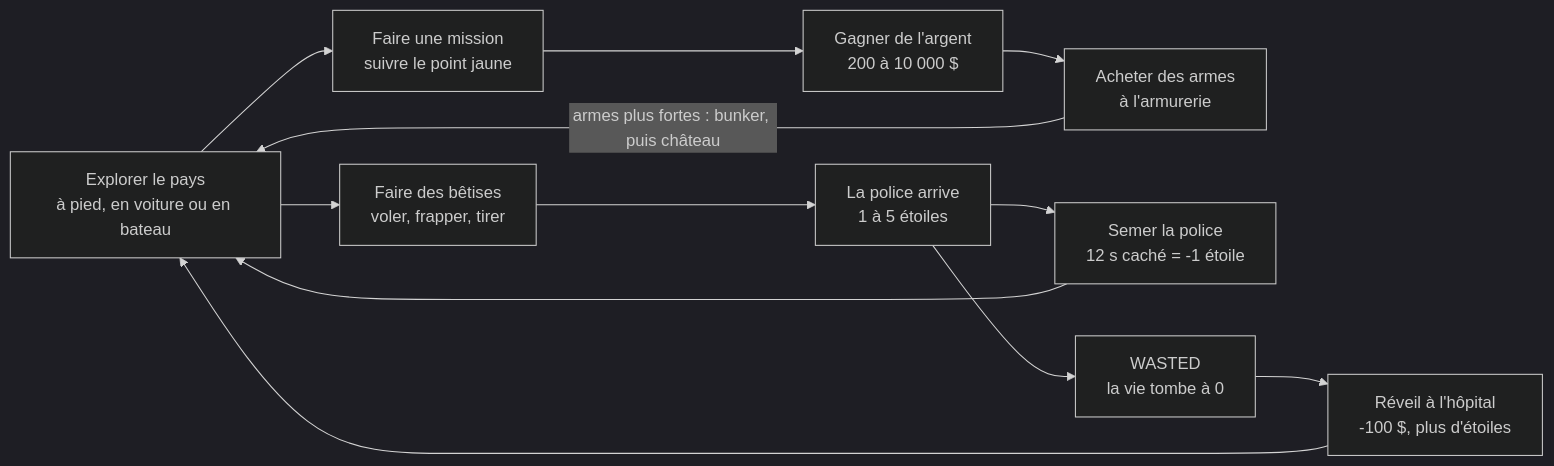
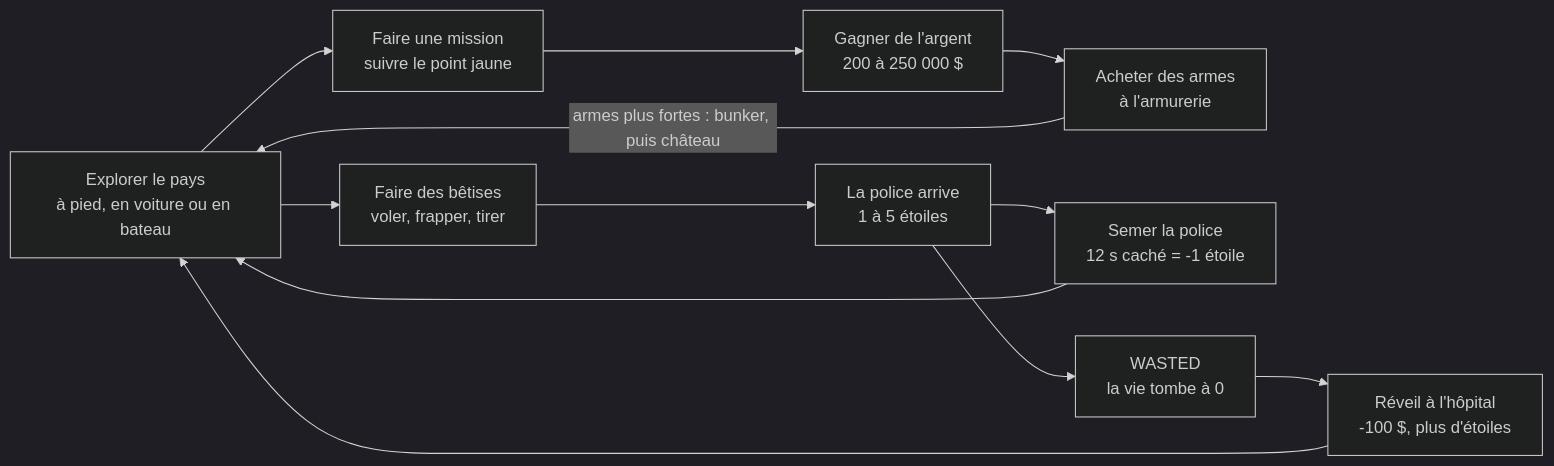
Before and after one commit to jlehen/GTAxel: the diagram in DESIGN.md, drawn with Mermaid (dark theme). The commit also changed other lines of this file and 2 other files, not shown here.

````diff
--- a/DESIGN.md
+++ b/DESIGN.md
@@ -22,9 +22,9 @@
 ```mermaid
 flowchart LR
   E[Explorer le pays<br>à pied, en voiture ou en bateau]
-  E --> M[Faire une mission<br>suivre le point jaune] --> G[Gagner de l'argent<br>200 à 10 000 $] --> A[Acheter des armes<br>à l'armurerie]
+  E --> M[Faire une mission<br>suivre le point jaune] --> G[Gagner de l'argent<br>200 à 250 000 $] --> A[Acheter des armes<br>à l'armurerie]
   A -- armes plus fortes : bunker, puis château --> E
   E --> B[Faire des bêtises<br>voler, frapper, tirer] --> P[La police arrive<br>1 à 5 étoiles]
   P --> S[Semer la police<br>12 s caché = -1 étoile] --> E
   P --> W[WASTED<br>la vie tombe à 0] --> H[Réveil à l'hôpital<br>-100 $, plus d'étoiles] --> E
 ```
````
